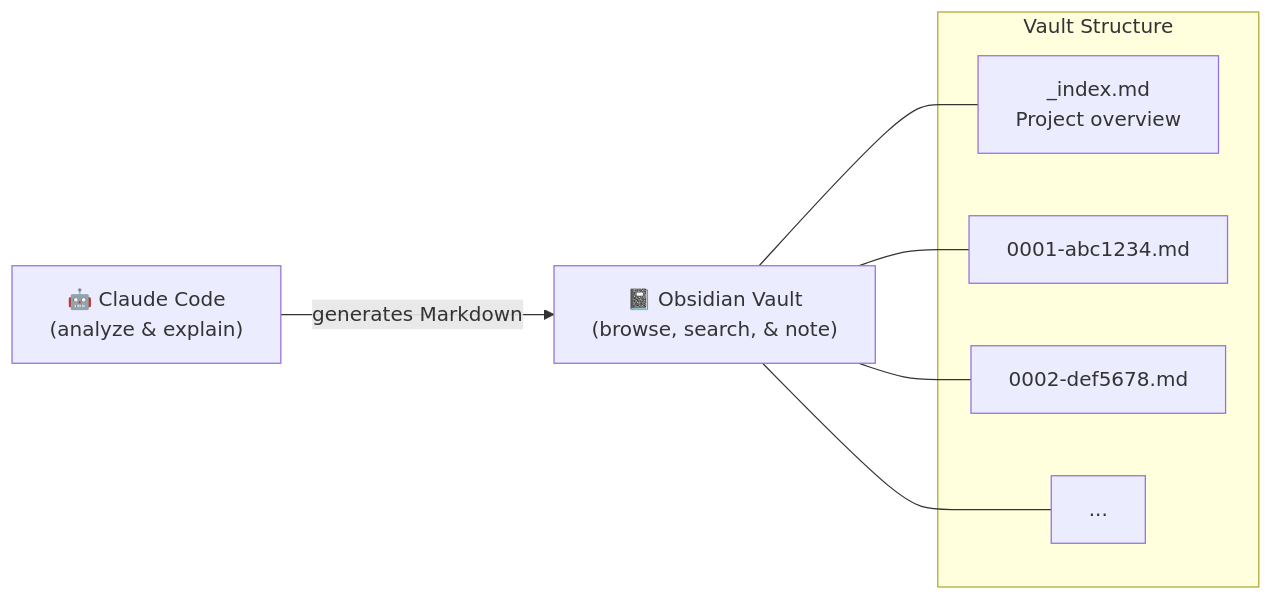
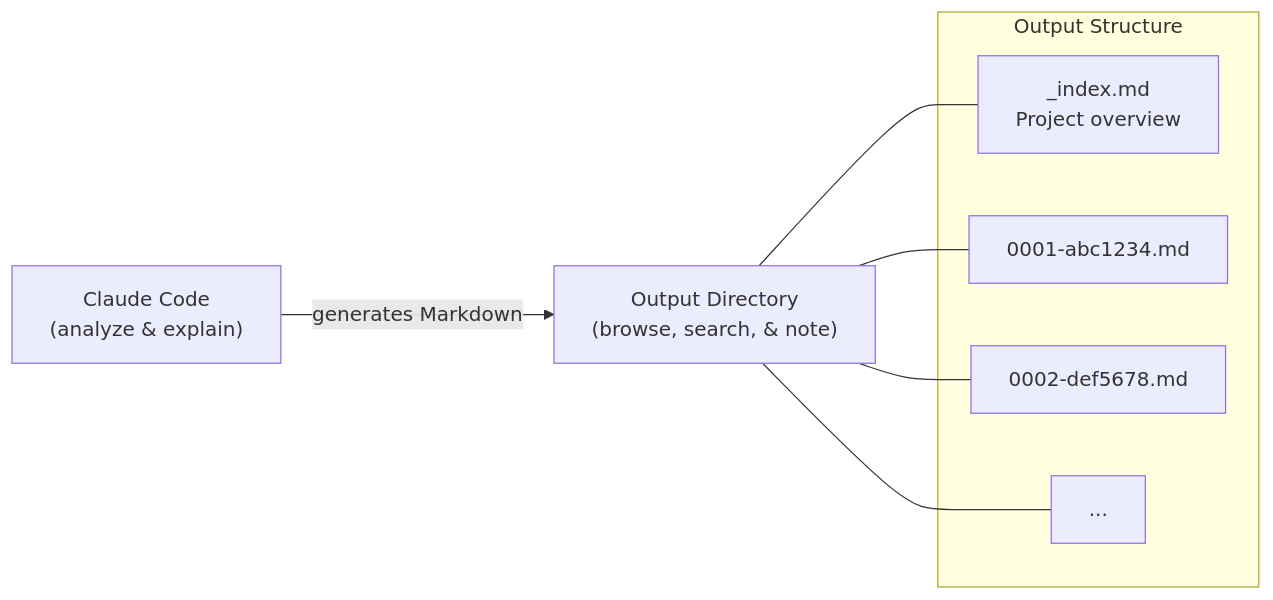
Before and after one commit to Kuroakira/deep-code-reader: the diagram in README.md, drawn with Mermaid. The commit also changed other lines of this file and 11 other files, not shown here.

````diff
--- a/README.md
+++ b/README.md
@@ -11,18 +11,18 @@
 ```mermaid
 graph LR
-    CC["🤖 Claude Code<br/>(analyze & explain)"]
-    OV["📓 Obsidian Vault<br/>(browse, search, & note)"]
-    CC -->|"generates Markdown"| OV
+    CC["Claude Code<br/>(analyze & explain)"]
+    OD["Output Directory<br/>(browse, search, & note)"]
+    CC -->|"generates Markdown"| OD
 
-    subgraph "Vault Structure"
+    subgraph "Output Structure"
         IDX["_index.md<br/>Project overview"]
         C1["0001-abc1234.md"]
         C2["0002-def5678.md"]
         C3["..."]
     end
 
-    OV --- IDX
-    OV --- C1
-    OV --- C2
-    OV --- C3
+    OD --- IDX
+    OD --- C1
+    OD --- C2
+    OD --- C3
 ```
````
